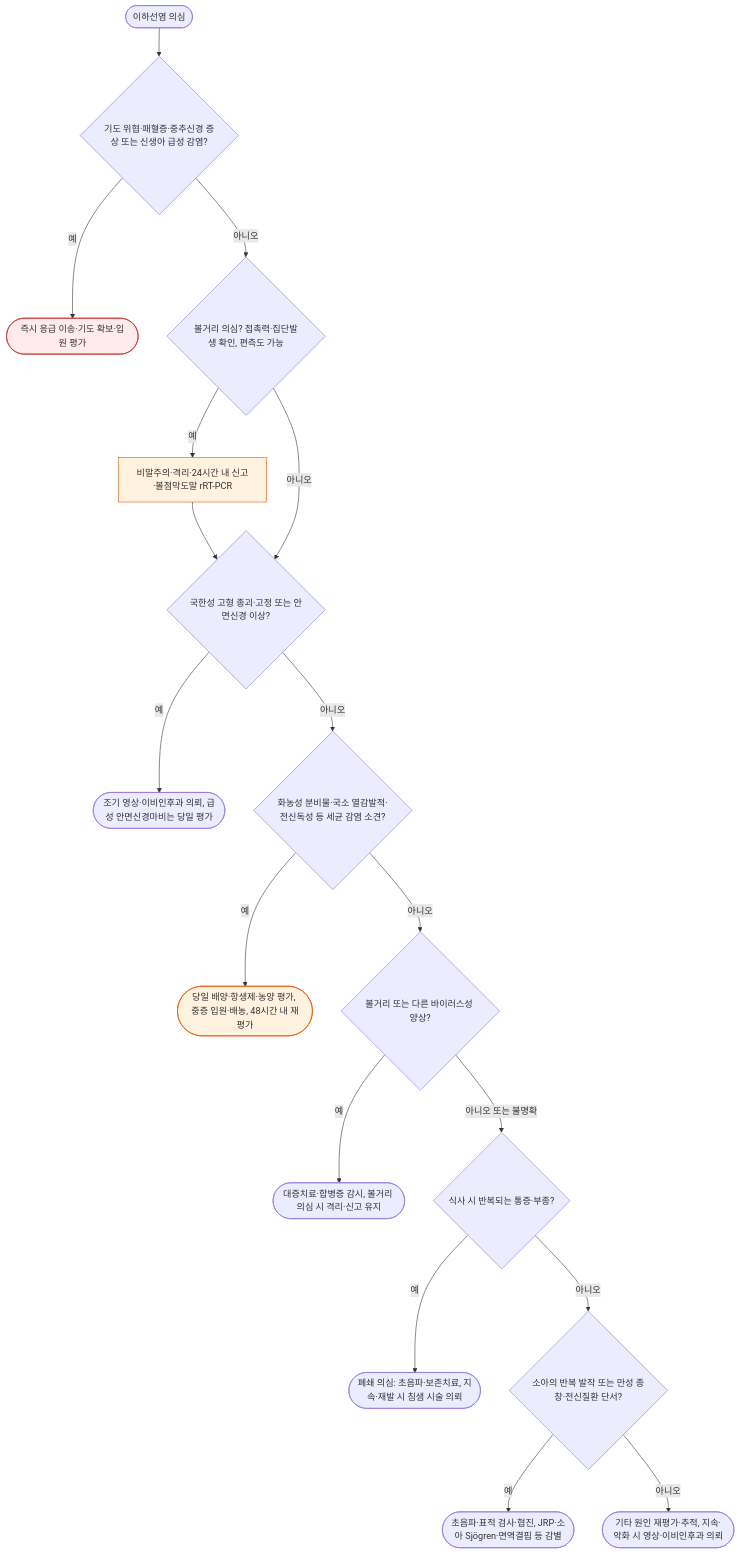
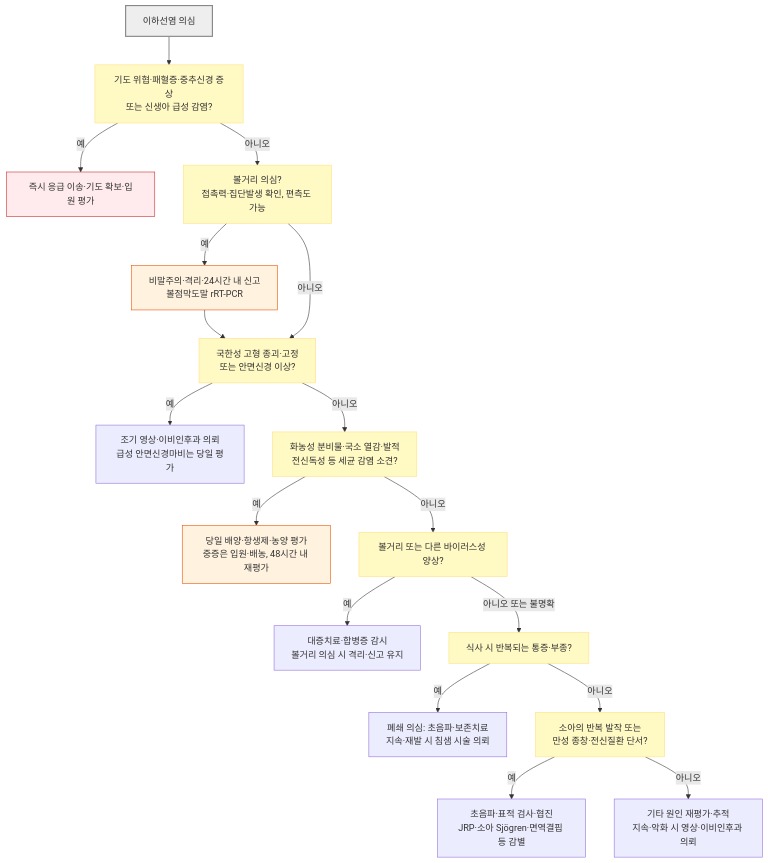
The diagram in 230_/196_-parotitis.md (familyoh77/familyoh77), drawn with Mermaid before and after one commit. The commit also changed other lines of this file and 16 other files, not shown here.

````diff
--- a/230_/196_-parotitis.md
+++ b/230_/196_-parotitis.md
@@ -164,22 +166,26 @@
 ```mermaid
 flowchart TD
-    A(["이하선염 의심"]) --> B{"기도 위협·패혈증·중추신경 증상 또는 신생아 급성 감염?"}
-    B -->|예| B1(["즉시 응급 이송·기도 확보·입원 평가"])
-    B -->|아니오| C{"볼거리 의심? 접촉력·집단발생 확인, 편측도 가능"}
-    C -->|예| C1["비말주의·격리·24시간 내 신고·볼점막도말 rRT-PCR"]
+    A["이하선염 의심"] --> B["기도 위협·패혈증·중추신경 증상<br/>또는 신생아 급성 감염?"]
+    B -- "예" --> B1["즉시 응급 이송·기도 확보·입원 평가"]
+    B -- "아니오" --> C["볼거리 의심?<br/>접촉력·집단발생 확인, 편측도 가능"]
+    C -- "예" --> C1["비말주의·격리·24시간 내 신고<br/>볼점막도말 rRT-PCR"]
     C1 --> D
-    C -->|아니오| D{"국한성 고형 종괴·고정 또는 안면신경 이상?"}
-    D -->|예| D1(["조기 영상·이비인후과 의뢰, 급성 안면신경마비는 당일 평가"])
-    D -->|아니오| E{"화농성 분비물·국소 열감발적·전신독성 등 세균 감염 소견?"}
-    E -->|예| E1(["당일 배양·항생제·농양 평가, 중증 입원·배농, 48시간 내 재평가"])
-    E -->|아니오| F{"볼거리 또는 다른 바이러스성 양상?"}
-    F -->|예| F1(["대증치료·합병증 감시, 볼거리 의심 시 격리·신고 유지"])
-    F -->|아니오 또는 불명확| G{"식사 시 반복되는 통증·부종?"}
-    G -->|예| G1(["폐쇄 의심: 초음파·보존치료, 지속·재발 시 침샘 시술 의뢰"])
-    G -->|아니오| H{"소아의 반복 발작 또는 만성 종창·전신질환 단서?"}
-    H -->|예| H1(["초음파·표적 검사·협진, JRP·소아 Sjögren·면역결핍 등 감별"])
-    H -->|아니오| H2(["기타 원인 재평가·추적, 지속·악화 시 영상·이비인후과 의뢰"])
+    C -- "아니오" --> D["국한성 고형 종괴·고정<br/>또는 안면신경 이상?"]
+    D -- "예" --> D1["조기 영상·이비인후과 의뢰<br/>급성 안면신경마비는 당일 평가"]
+    D -- "아니오" --> E["화농성 분비물·국소 열감·발적<br/>전신독성 등 세균 감염 소견?"]
+    E -- "예" --> E1["당일 배양·항생제·농양 평가<br/>중증은 입원·배농, 48시간 내 재평가"]
+    E -- "아니오" --> F["볼거리 또는 다른 바이러스성 양상?"]
+    F -- "예" --> F1["대증치료·합병증 감시<br/>볼거리 의심 시 격리·신고 유지"]
+    F -- "아니오 또는 불명확" --> G["식사 시 반복되는 통증·부종?"]
+    G -- "예" --> G1["폐쇄 의심: 초음파·보존치료<br/>지속·재발 시 침샘 시술 의뢰"]
+    G -- "아니오" --> H["소아의 반복 발작 또는<br/>만성 종창·전신질환 단서?"]
+    H -- "예" --> H1["초음파·표적 검사·협진<br/>JRP·소아 Sjögren·면역결핍 등 감별"]
+    H -- "아니오" --> H2["기타 원인 재평가·추적<br/>지속·악화 시 영상·이비인후과 의뢰"]
+
+    classDef question fill:#fff9c4,stroke:#ffe082
+    class B,C,D,E,F,G,H question
+    style A fill:#eeeeee,stroke:#888888,stroke-width:2px
     style B1 fill:#ffebee,stroke:#c62828
     style C1 fill:#fff3e0,stroke:#e65100
     style E1 fill:#fff3e0,stroke:#e65100
 ```
````
